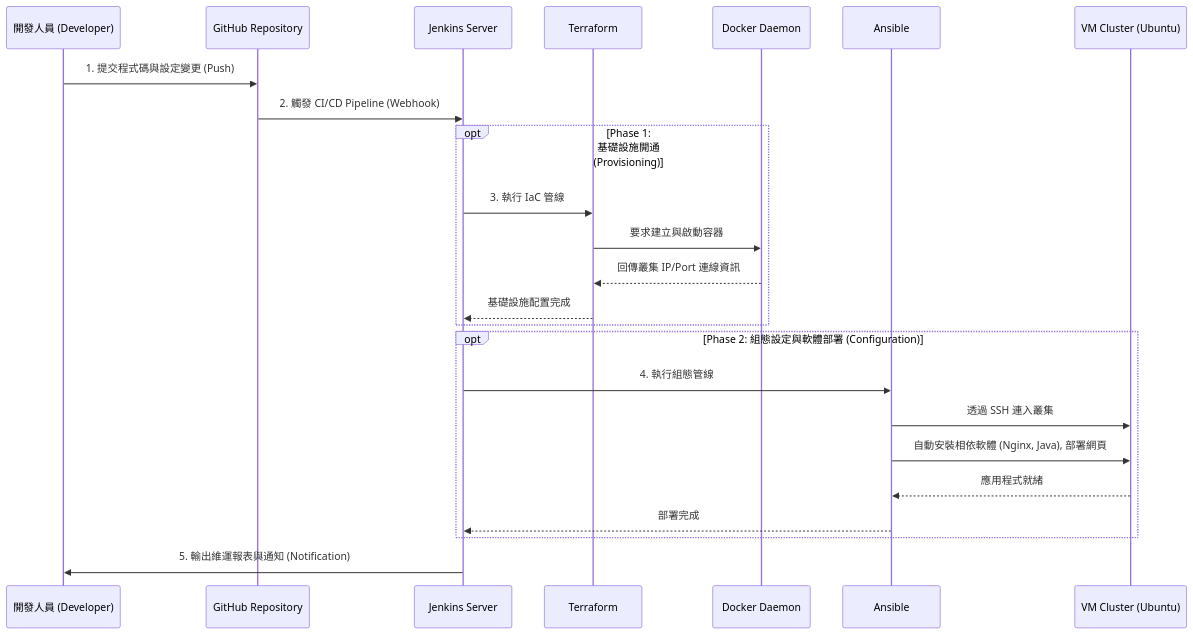
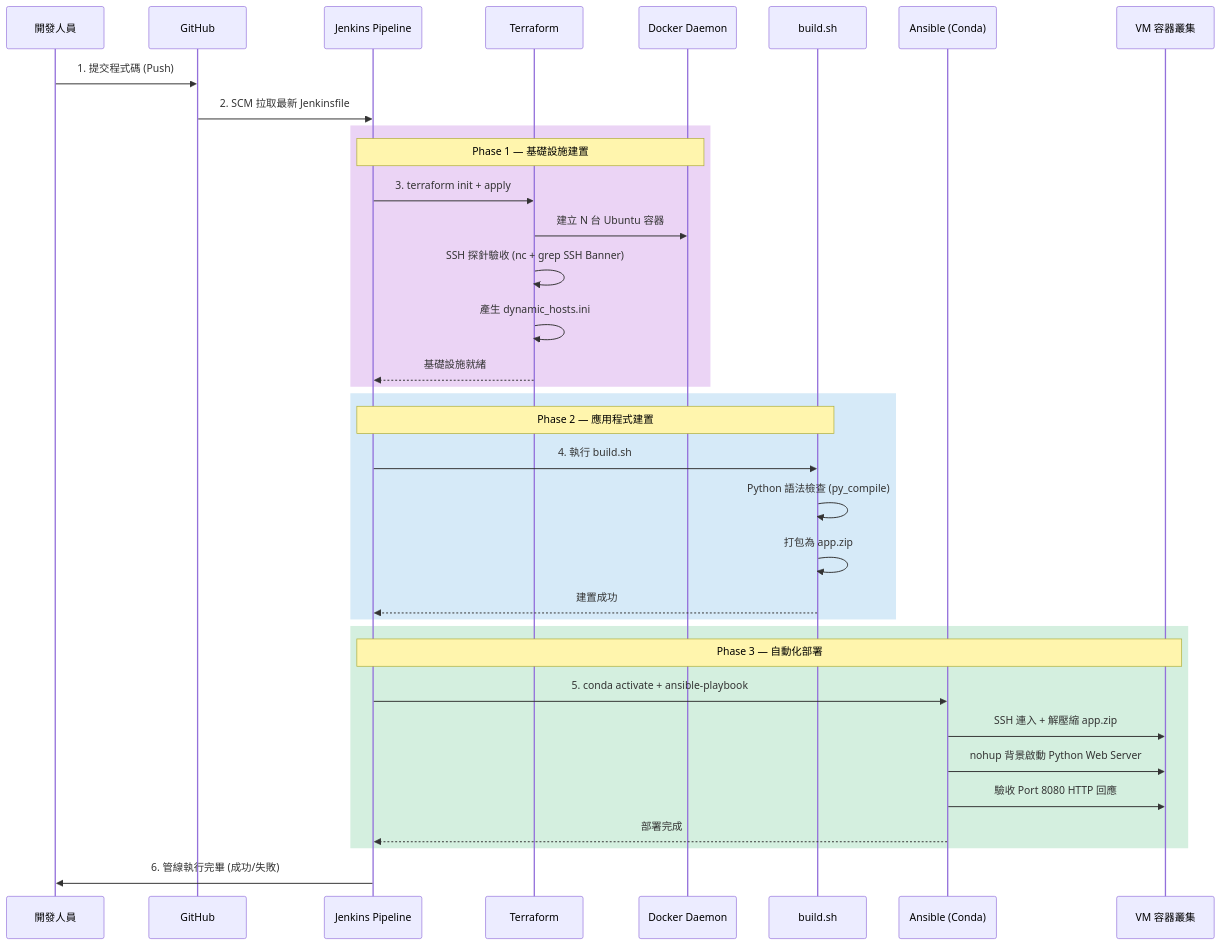
Before and after one commit to JeffLin0225/Infra-Provisioning-Flow: the second of 2 diagrams in README.md, drawn with Mermaid. The commit also changed other lines of this file and 8 other files, not shown here.

````diff
--- a/README.md
+++ b/README.md
@@ -71,30 +92,42 @@
 ```mermaid
 sequenceDiagram
-    participant Dev as 開發人員 (Developer)
-    participant Git as GitHub Repository
-    participant Jenkins as Jenkins Server
-    participant Terraform as Terraform
+    participant Dev as 開發人員
+    participant Git as GitHub
+    participant Jenkins as Jenkins Pipeline
+    participant TF as Terraform
     participant Docker as Docker Daemon
-    participant Ansible as Ansible
-    participant Infra as VM Cluster (Ubuntu)
+    participant Build as build.sh
+    participant Ansible as Ansible (Conda)
+    participant VMs as VM 容器叢集
 
-    Dev->>Git: 1. 提交程式碼與設定變更 (Push)
-    Git->>Jenkins: 2. 觸發 CI/CD Pipeline (Webhook)
+    Dev->>Git: 1. 提交程式碼 (Push)
+    Git->>Jenkins: 2. SCM 拉取最新 Jenkinsfile
     
-    opt Phase 1: 基礎設施開通 (Provisioning)
-        Jenkins->>Terraform: 3. 執行 IaC 管線
-        Terraform->>Docker: 要求建立與啟動容器
-        Docker-->>Terraform: 回傳叢集 IP/Port 連線資訊
-        Terraform-->>Jenkins: 基礎設施配置完成
+    rect rgb(235, 212, 245)
+        Note over Jenkins,Docker: Phase 1 — 基礎設施建置
+        Jenkins->>TF: 3. terraform init + apply
+        TF->>Docker: 建立 N 台 Ubuntu 容器
+        TF->>TF: SSH 探針驗收 (nc + grep SSH Banner)
+        TF->>TF: 產生 dynamic_hosts.ini
+        TF-->>Jenkins: 基礎設施就緒
     end
     
-    opt Phase 2: 組態設定與軟體部署 (Configuration)
-        Jenkins->>Ansible: 4. 執行組態管線
-        Ansible->>Infra: 透過 SSH 連入叢集
-        Ansible->>Infra: 自動安裝相依軟體 (Nginx, Java), 部署網頁
-        Infra-->>Ansible: 應用程式就緒
+    rect rgb(214, 234, 248)
+        Note over Jenkins,Build: Phase 2 — 應用程式建置
+        Jenkins->>Build: 4. 執行 build.sh
+        Build->>Build: Python 語法檢查 (py_compile)
+        Build->>Build: 打包為 app.zip
+        Build-->>Jenkins: 建置成功
+    end
+    
+    rect rgb(212, 239, 223)
+        Note over Jenkins,VMs: Phase 3 — 自動化部署
+        Jenkins->>Ansible: 5. conda activate + ansible-playbook
+        Ansible->>VMs: SSH 連入 + 解壓縮 app.zip
+        Ansible->>VMs: nohup 背景啟動 Python Web Server
+        Ansible->>VMs: 驗收 Port 8080 HTTP 回應
         Ansible-->>Jenkins: 部署完成
     end
 
-    Jenkins->>Dev: 5. 輸出維運報表與通知 (Notification)
+    Jenkins->>Dev: 6. 管線執行完畢 (成功/失敗)
 ```
````
